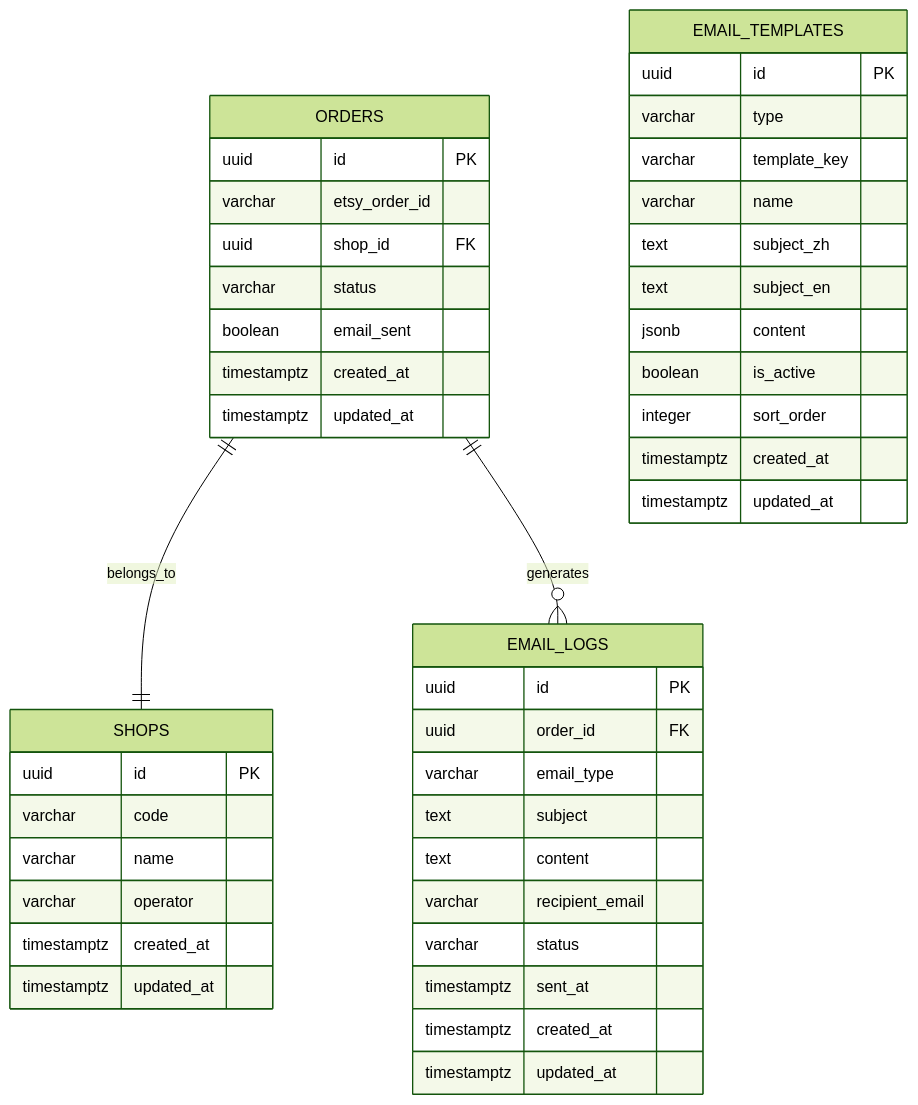
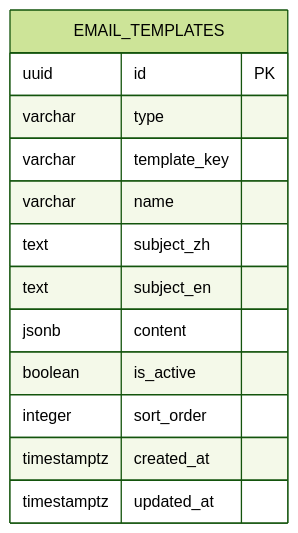
Before and after one commit to SY6621/POD-Order-Management: the seventh of 8 diagrams in .qoder/repowiki/zh/content/开发指南/邮件模板管理系统.md, drawn with Mermaid (forest theme). The commit also changed other lines of this file and 7 other files, not shown here.

````diff
--- a/.qoder/repowiki/zh/content/开发指南/邮件模板管理系统.md
+++ b/.qoder/repowiki/zh/content/开发指南/邮件模板管理系统.md
@@ -383,47 +263,16 @@
 ```mermaid
 erDiagram
-ORDERS {
-uuid id PK
-varchar etsy_order_id
-uuid shop_id FK
-varchar status
-boolean email_sent
-timestamptz created_at
-timestamptz updated_at
-}
 EMAIL_TEMPLATES {
 uuid id PK
 varchar type
 varchar template_key
 varchar name
 text subject_zh
 text subject_en
 jsonb content
 boolean is_active
 integer sort_order
 timestamptz created_at
 timestamptz updated_at
 }
-EMAIL_LOGS {
-uuid id PK
-uuid order_id FK
-varchar email_type
-text subject
-text content
-varchar recipient_email
-varchar status
-timestamptz sent_at
-timestamptz created_at
-timestamptz updated_at
-}
-SHOPS {
-uuid id PK
-varchar code
-varchar name
-varchar operator
-timestamptz created_at
-timestamptz updated_at
-}
-ORDERS ||--|| SHOPS : belongs_to
-ORDERS ||--o{ EMAIL_LOGS : generates
 ```
````
